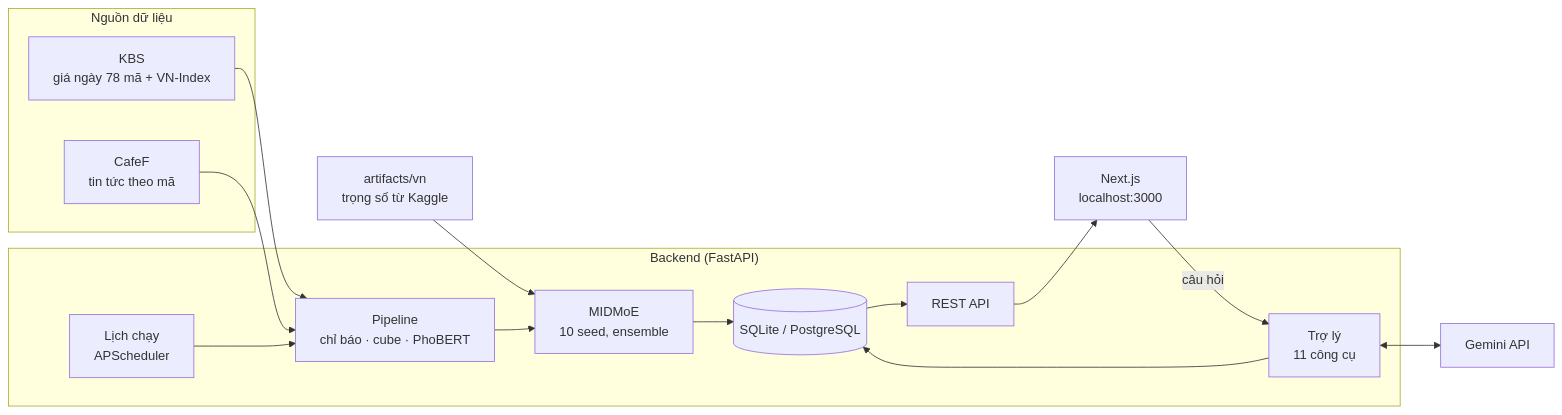
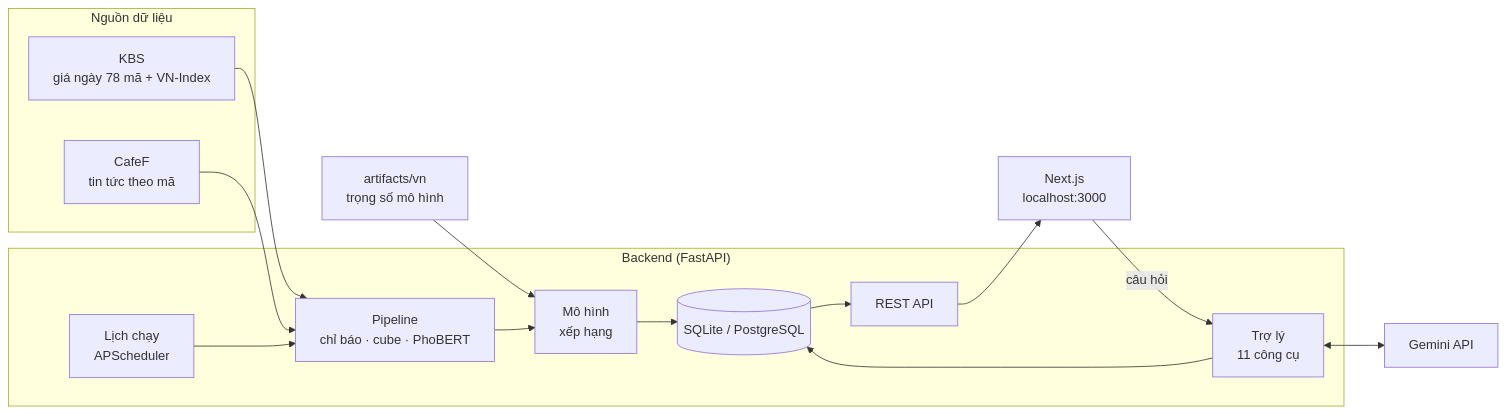
The first of 3 diagrams in README.md (ductrien261/quorum), drawn with Mermaid before and after one commit. The commit also changed other lines of this file, not shown here.

````diff
--- a/README.md
+++ b/README.md
@@ -96,30 +92,30 @@
 ```mermaid
 flowchart LR
     subgraph Nguon["Nguồn dữ liệu"]
         KBS["KBS<br/>giá ngày 78 mã + VN-Index"]
         CafeF["CafeF<br/>tin tức theo mã"]
     end
 
     subgraph Backend["Backend (FastAPI)"]
         Sched["Lịch chạy<br/>APScheduler"]
         Pipe["Pipeline<br/>chỉ báo · cube · PhoBERT"]
-        Model["MIDMoE<br/>10 seed, ensemble"]
+        Model["Mô hình<br/>xếp hạng"]
         DB[("SQLite / PostgreSQL")]
         API["REST API"]
         Agent["Trợ lý<br/>11 công cụ"]
     end
 
     Web["Next.js<br/>localhost:3000"]
     Gemini["Gemini API"]
-    Art["artifacts/vn<br/>trọng số từ Kaggle"]
+    Art["artifacts/vn<br/>trọng số mô hình"]
 
     KBS --> Pipe
     CafeF --> Pipe
     Sched --> Pipe
     Art --> Model
     Pipe --> Model --> DB
     DB --> API --> Web
     Web -- "câu hỏi" --> Agent
     Agent <--> Gemini
     Agent --> DB
 ```
````
